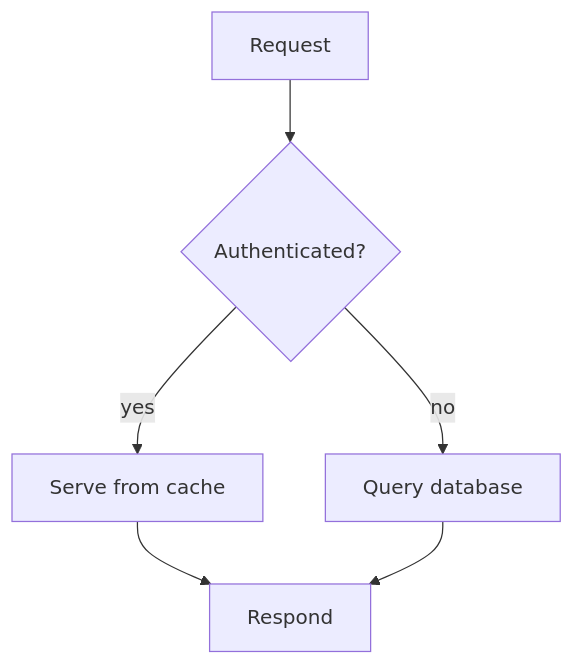
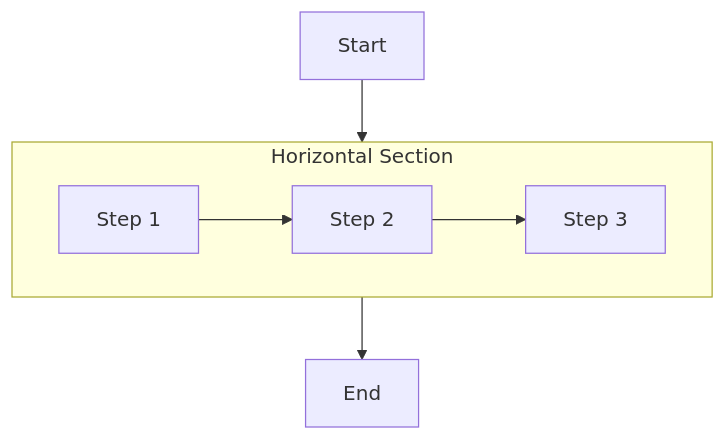
One commit to 80avin/mmdflux changed the diagram in docs/assets/readme/at-a-glance.mmd. Above: the diagram before and after it, drawn with Mermaid. The commit also changed 6 other files, not shown here.

```diff
--- a/docs/assets/readme/at-a-glance.mmd
+++ b/docs/assets/readme/at-a-glance.mmd
@@ -1,6 +1,7 @@
 graph TD
-    A[Request] --> B{Authenticated?}
-    B -->|yes| C[Serve from cache]
-    B -->|no| D[Query database]
-    C --> E[Respond]
-    D --> E
+    subgraph sg1[Horizontal Section]
+        direction LR
+        A[Step 1] --> B[Step 2] --> C[Step 3]
+    end
+    Start --> A
+    C --> End
```
